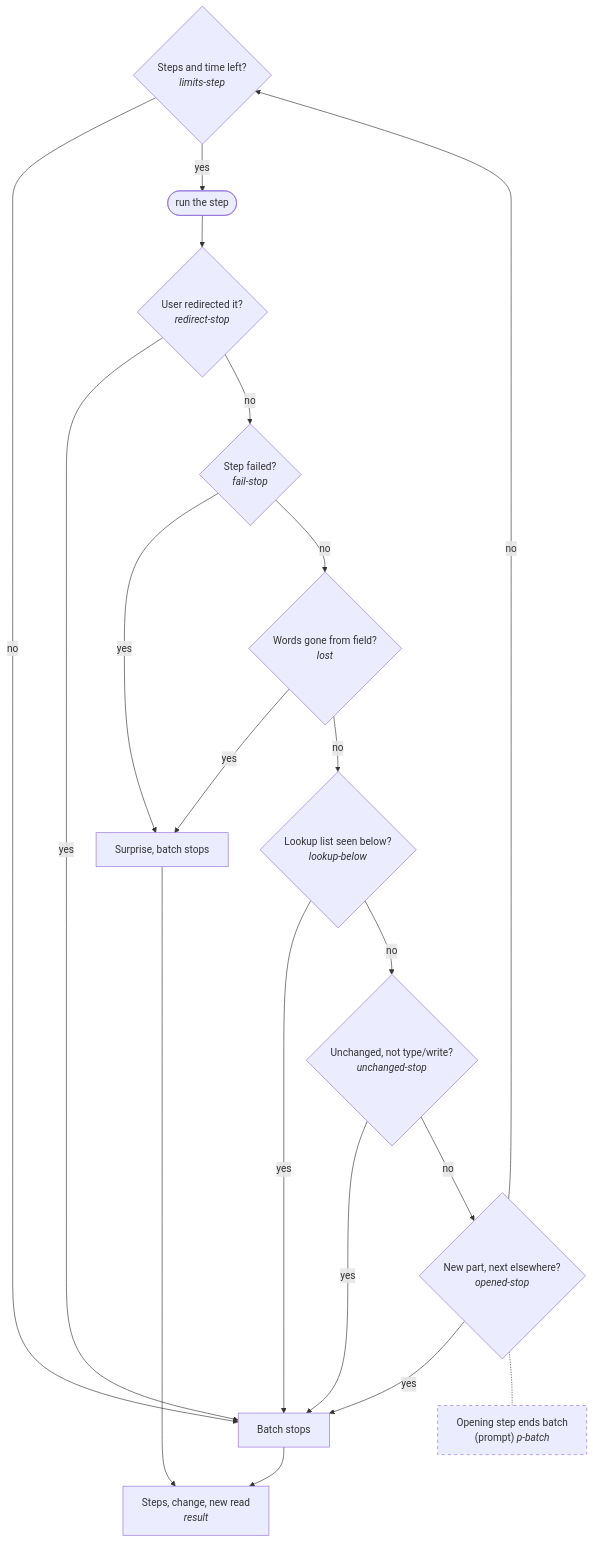
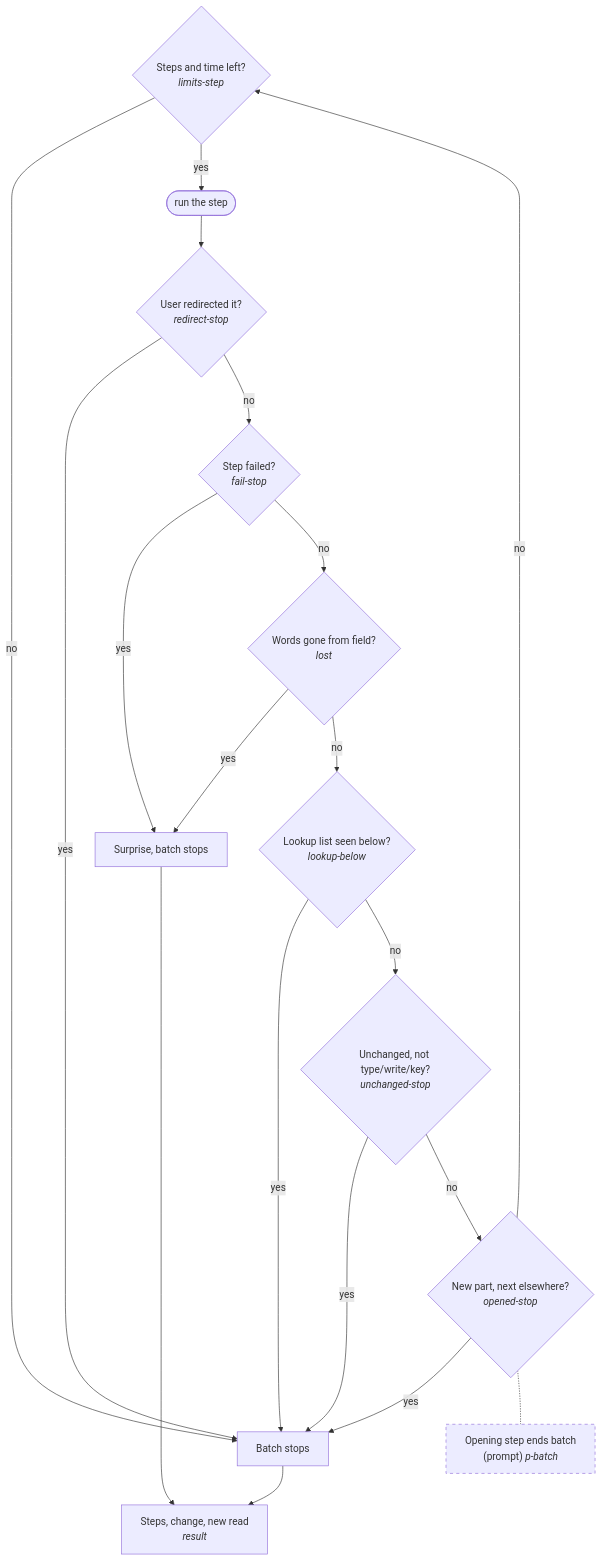
Diagram 13 of 16 in docs/actions-trees.md (znat/parrotflow), drawn with Mermaid before and after one commit. The commit also changed other lines of this file and 3 other files, not shown here.

````diff
--- a/docs/actions-trees.md
+++ b/docs/actions-trees.md
@@ -325,24 +325,24 @@
 ```mermaid
 flowchart TD
   classDef prompt stroke-dasharray: 5 5
   classDef user stroke-width:3px
   B0{"Steps and time left?<br/><i>limits-step</i>"} -->|no| ST["Batch stops"]
   B0 -->|yes| B1([run the step])
   B1 --> Q1{"User redirected it?<br/><i>redirect-stop</i>"}
   Q1 -->|yes| ST
   Q1 -->|no| Q2{"Step failed?<br/><i>fail-stop</i>"}
   Q2 -->|yes| SU["Surprise, batch stops"]
   Q2 -->|no| Q3{"Words gone from field?<br/><i>lost</i>"}
   Q3 -->|yes| SU
   Q3 -->|no| Q6{"Lookup list seen below?<br/><i>lookup-below</i>"}
   Q6 -->|yes| ST
-  Q6 -->|no| Q7{"Unchanged, not type/write?<br/><i>unchanged-stop</i>"}
+  Q6 -->|no| Q7{"Unchanged, not type/write/key?<br/><i>unchanged-stop</i>"}
   Q7 -->|yes| ST
   Q7 -->|no| Q8{"New part, next elsewhere?<br/><i>opened-stop</i>"}
   Q8 -->|yes| ST
   Q8 -->|no| B0
   ST --> R["Steps, change, new read<br/><i>result</i>"]
   SU --> R
   P1["Opening step ends batch<br/>(prompt) <i>p-batch</i>"]:::prompt
   Q8 -.- P1
 ```
````
